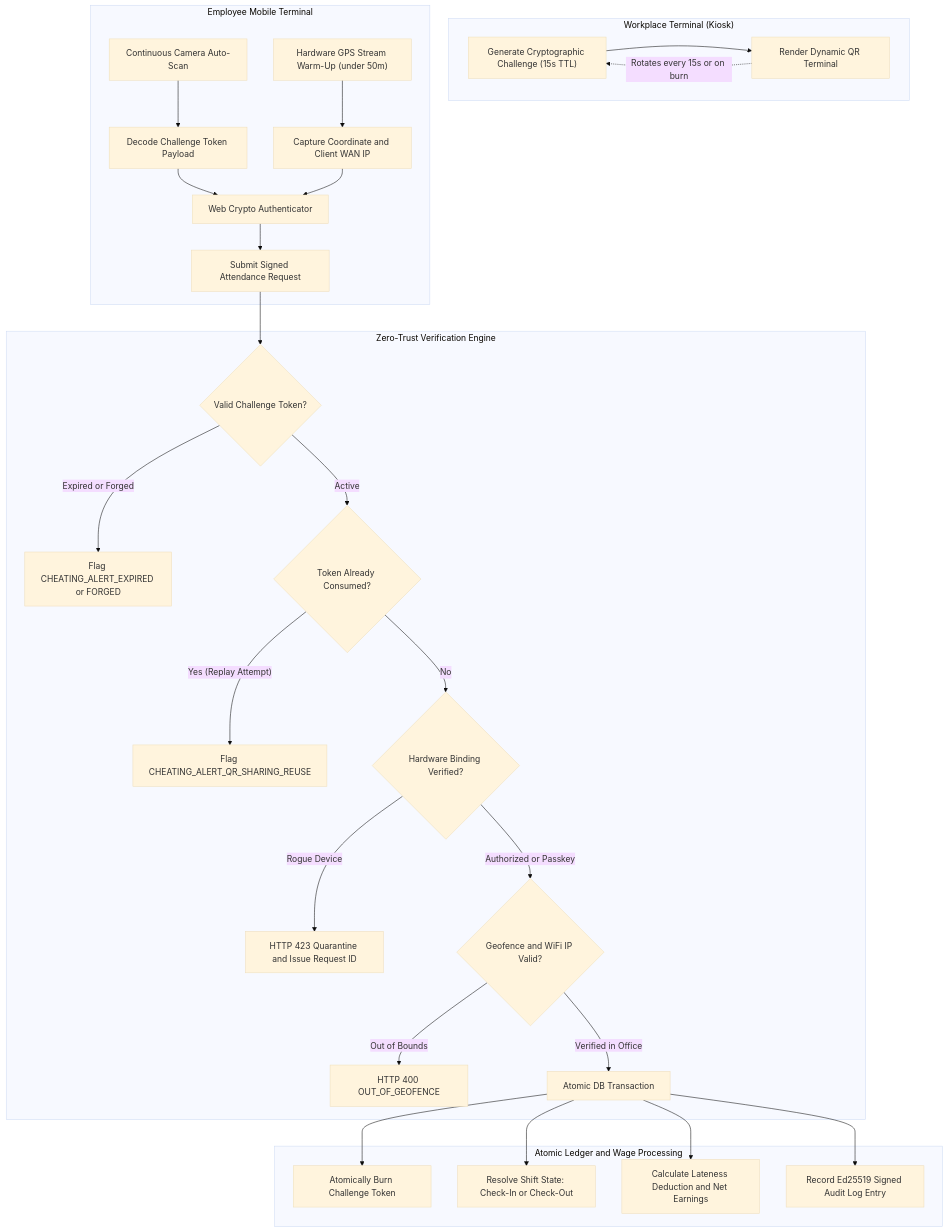
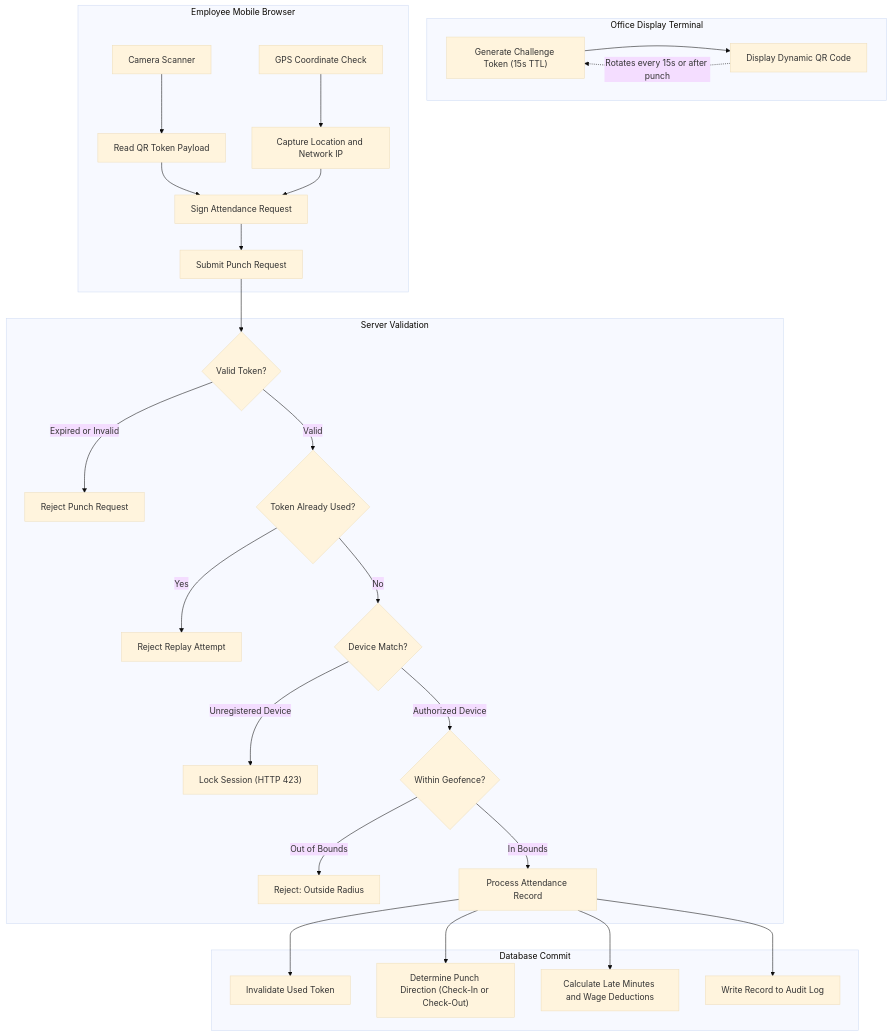
The first of 3 diagrams in README.md (aditya0w0/payroll-attendance), drawn with Mermaid (base theme) before and after one commit. The commit also changed other lines of this file and 4 other files, not shown here.

Commit message:
docs: resolve audit-017 rewrite README with antislop copywriting and clean comments

````diff
--- a/README.md
+++ b/README.md
@@ -13,34 +11,34 @@
 ```mermaid
 flowchart TD
-    subgraph Kiosk["Workplace Terminal (Kiosk)"]
-        T1["Generate Cryptographic Challenge (15s TTL)"] --> T2["Render Dynamic QR Terminal"]
-        T2 -.->|"Rotates every 15s or on burn"| T1
+    subgraph Kiosk["Office Display Terminal"]
+        T1["Generate Challenge Token (15s TTL)"] --> T2["Display Dynamic QR Code"]
+        T2 -.->|"Rotates every 15s or after punch"| T1
     end
 
-    subgraph Client["Employee Mobile Terminal"]
-        C1["Continuous Camera Auto-Scan"] --> C2["Decode Challenge Token Payload"]
-        C3["Hardware GPS Stream Warm-Up (under 50m)"] --> C4["Capture Coordinate and Client WAN IP"]
-        C2 --> C5["Web Crypto Authenticator"]
+    subgraph Mobile["Employee Mobile Browser"]
+        C1["Camera Scanner"] --> C2["Read QR Token Payload"]
+        C3["GPS Coordinate Check"] --> C4["Capture Location and Network IP"]
+        C2 --> C5["Sign Attendance Request"]
         C4 --> C5
-        C5 --> C6["Submit Signed Attendance Request"]
+        C5 --> C6["Submit Punch Request"]
     end
 
-    subgraph Server["Zero-Trust Verification Engine"]
-        C6 --> S1{"Valid Challenge Token?"}
-        S1 --"Expired or Forged"--> E1["Flag CHEATING_ALERT_EXPIRED or FORGED"]
-        S1 --"Active"--> S2{"Token Already Consumed?"}
-        S2 --"Yes (Replay Attempt)"--> E2["Flag CHEATING_ALERT_QR_SHARING_REUSE"]
-        S2 --"No"--> S3{"Hardware Binding Verified?"}
-        S3 --"Rogue Device"--> E3["HTTP 423 Quarantine and Issue Request ID"]
-        S3 --"Authorized or Passkey"--> S4{"Geofence and WiFi IP Valid?"}
-        S4 --"Out of Bounds"--> E4["HTTP 400 OUT_OF_GEOFENCE"]
-        S4 --"Verified in Office"--> S5["Atomic DB Transaction"]
+    subgraph Server["Server Validation"]
+        C6 --> S1{"Valid Token?"}
+        S1 --"Expired or Invalid"--> E1["Reject Punch Request"]
+        S1 --"Valid"--> S2{"Token Already Used?"}
+        S2 --"Yes"--> E2["Reject Replay Attempt"]
+        S2 --"No"--> S3{"Device Match?"}
+        S3 --"Unregistered Device"--> E3["Lock Session (HTTP 423)"]
+        S3 --"Authorized Device"--> S4{"Within Geofence?"}
+        S4 --"Out of Bounds"--> E4["Reject: Outside Radius"]
+        S4 --"In Bounds"--> S5["Process Attendance Record"]
     end
 
-    subgraph Persistence["Atomic Ledger and Wage Processing"]
-        S5 --> P1["Atomically Burn Challenge Token"]
-        S5 --> P2["Resolve Shift State: Check-In or Check-Out"]
-        S5 --> P3["Calculate Lateness Deduction and Net Earnings"]
-        S5 --> P4["Record Ed25519 Signed Audit Log Entry"]
+    subgraph Database["Database Commit"]
+        S5 --> P1["Invalidate Used Token"]
+        S5 --> P2["Determine Punch Direction (Check-In or Check-Out)"]
+        S5 --> P3["Calculate Late Minutes and Wage Deductions"]
+        S5 --> P4["Write Record to Audit Log"]
     end
 ```
````
